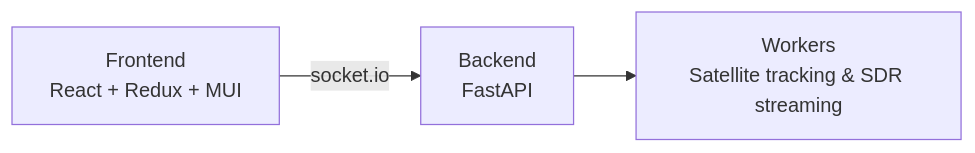
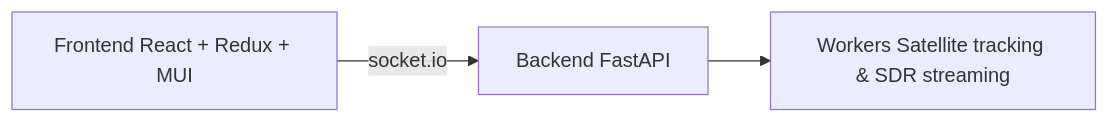
One commit to OneByJorah/GroundStation changed the diagram in README.md. Above: the diagram before and after it, drawn with Mermaid.

Commit message:
Fix README mermaid chart formatting for consistency and readability.

````diff
--- a/README.md
+++ b/README.md
@@ -11,5 +11,5 @@
 ```mermaid
 flowchart LR
-  A[Frontend\nReact + Redux + MUI] -->|socket.io| B[Backend\nFastAPI]
-  B --> C[Workers\nSatellite tracking & SDR streaming]
+  A[Frontend React + Redux + MUI] -->|socket.io| B[Backend FastAPI]
+  B --> C[Workers Satellite tracking & SDR streaming]
 ```
````
